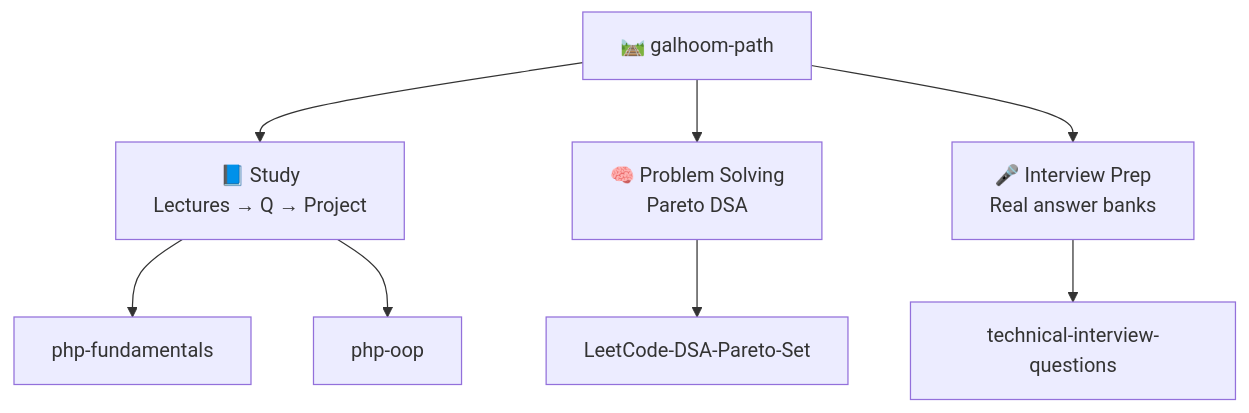
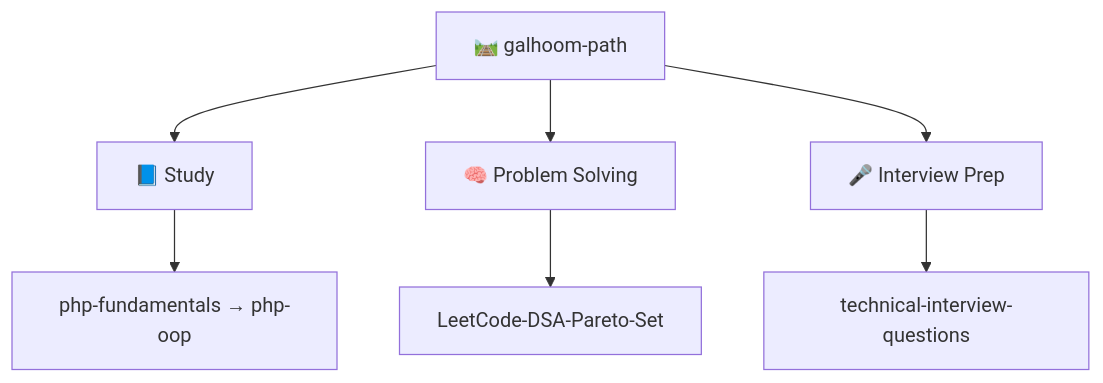
The diagram in README.md (Galhoom22/Galhoom22), drawn with Mermaid before and after one commit. The commit also changed other lines of this file, not shown here.

````diff
--- a/README.md
+++ b/README.md
@@ -25,11 +23,10 @@
 ```mermaid
 flowchart TB
   ORG["🛤️ galhoom-path"]
-  ORG --> S["📘 Study<br/>Lectures → Q → Project"]
-  ORG --> P["🧠 Problem Solving<br/>Pareto DSA"]
-  ORG --> I["🎤 Interview Prep<br/>Real answer banks"]
-  S --> S1["php-fundamentals"]
-  S --> S2["php-oop"]
+  ORG --> S["📘 Study"]
+  ORG --> P["🧠 Problem Solving"]
+  ORG --> I["🎤 Interview Prep"]
+  S --> S1["php-fundamentals → php-oop"]
   P --> P1["LeetCode-DSA-Pareto-Set"]
   I --> I1["technical-interview-questions"]
 ```
````
